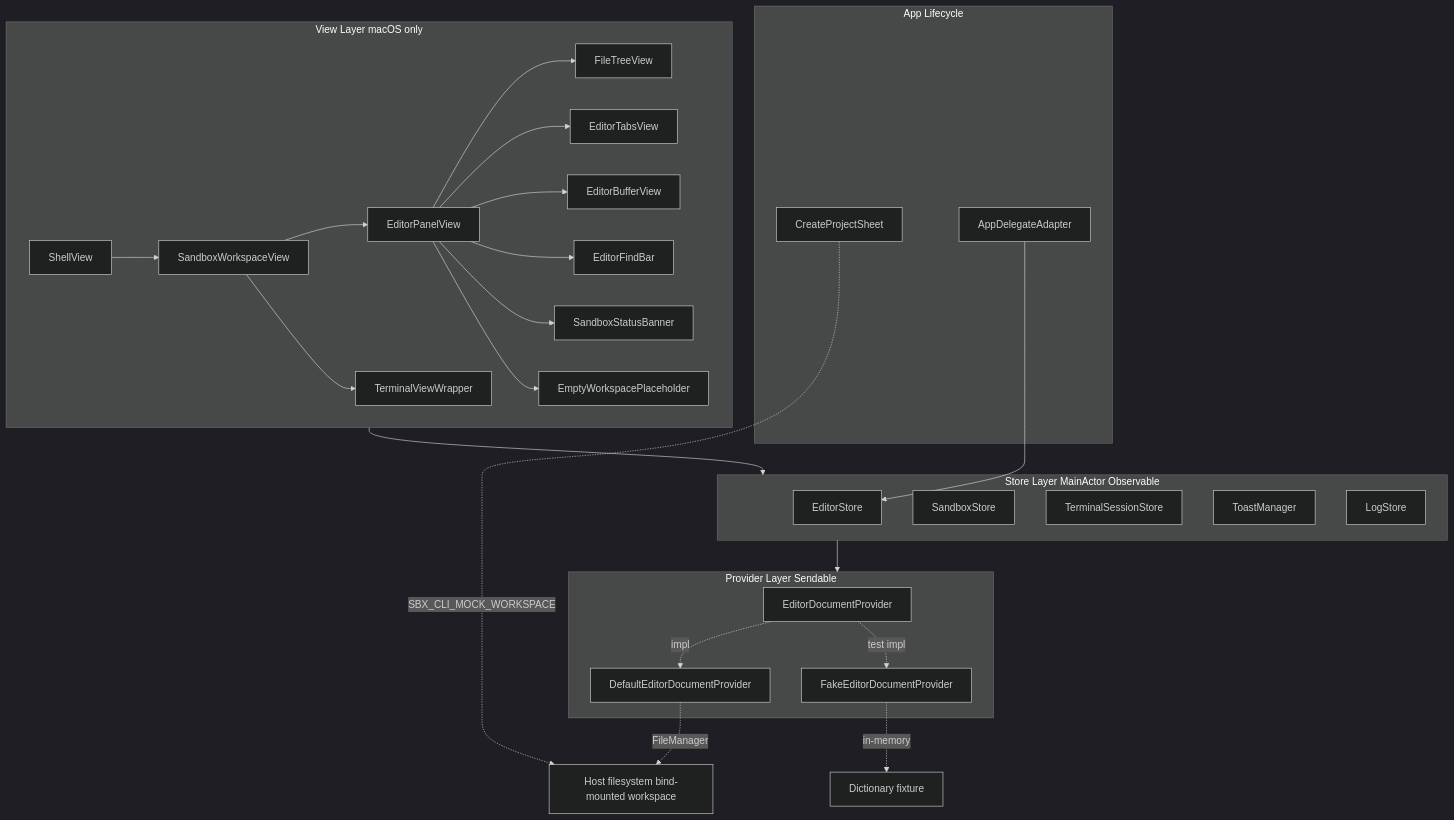
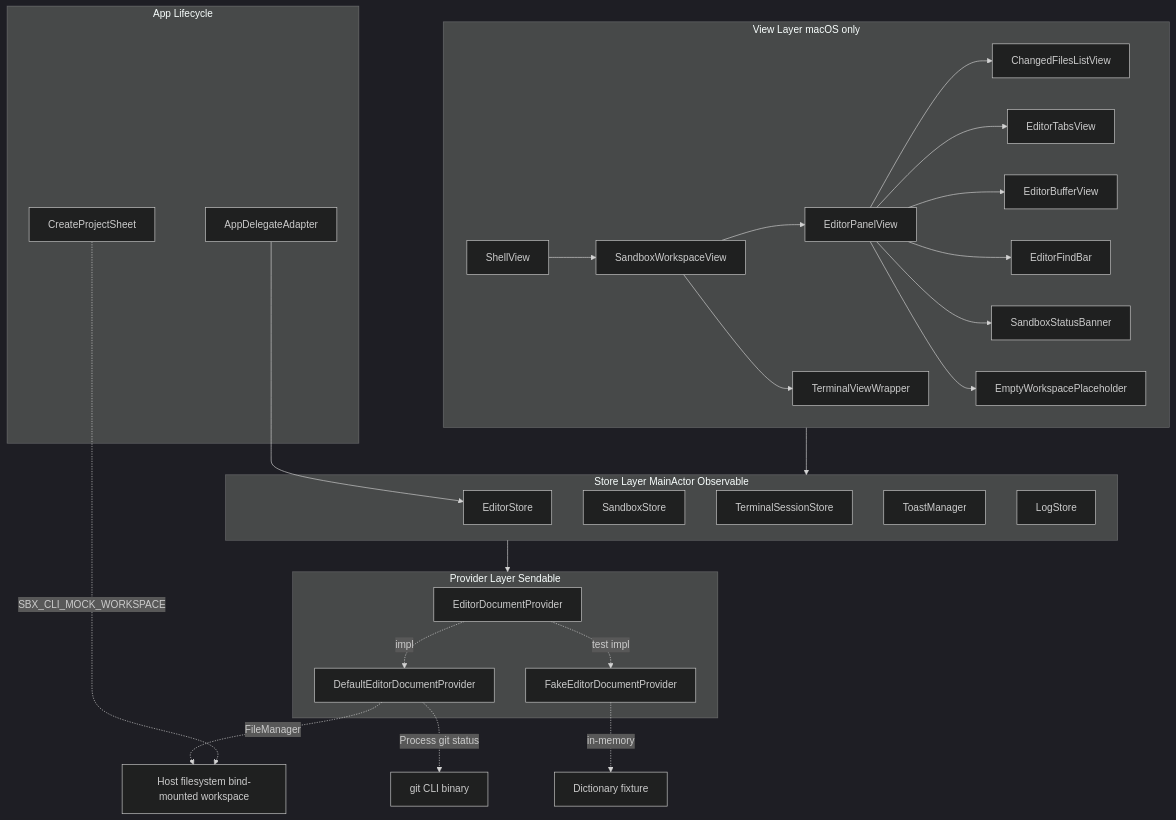
The first of 8 diagrams in .kiro/specs/editor/design.md (TETRA2000/sbx-ui), drawn with Mermaid (dark theme) before and after one commit. The commit also changed other lines of this file and 14 other files, not shown here.

First line of the commit message:
Replace editor file tree with git-changed-files list

````diff
--- a/.kiro/specs/editor/design.md
+++ b/.kiro/specs/editor/design.md
@@ -117,45 +124,46 @@
 ```mermaid
 graph TB
     subgraph ViewLayer[View Layer macOS only]
         ShellView --> SandboxWorkspaceView
         SandboxWorkspaceView --> EditorPanelView
         SandboxWorkspaceView --> TerminalViewWrapper
-        EditorPanelView --> FileTreeView
+        EditorPanelView --> ChangedFilesListView
         EditorPanelView --> EditorTabsView
         EditorPanelView --> EditorBufferView
         EditorPanelView --> EditorFindBar
         EditorPanelView --> SandboxStatusBanner
         EditorPanelView --> EmptyWorkspacePlaceholder
     end
 
     subgraph StoreLayer[Store Layer MainActor Observable]
         EditorStore
         SandboxStore
         TerminalSessionStore
         ToastManager
         LogStore
     end
 
     ViewLayer --> StoreLayer
 
     subgraph ProviderLayer[Provider Layer Sendable]
         Provider[EditorDocumentProvider]
         DefaultProvider[DefaultEditorDocumentProvider]
         FakeProvider[FakeEditorDocumentProvider]
         Provider -.impl.-> DefaultProvider
         Provider -.test impl.-> FakeProvider
     end
 
     StoreLayer --> ProviderLayer
 
     DefaultProvider -.FileManager.-> HostFS[Host filesystem bind-mounted workspace]
+    DefaultProvider -.Process git status.-> GitBinary[git CLI binary]
     FakeProvider -.in-memory.-> Dict[Dictionary fixture]
 
     subgraph AppLifecycle[App Lifecycle]
         AppDelegateAdapter
         CreateProjectSheet
     end
 
     AppDelegateAdapter --> EditorStore
     CreateProjectSheet -.SBX_CLI_MOCK_WORKSPACE.-> HostFS
 ```
````
